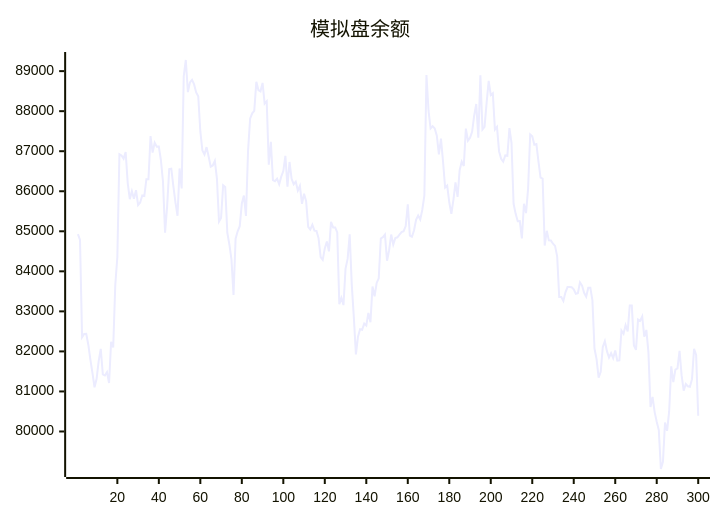
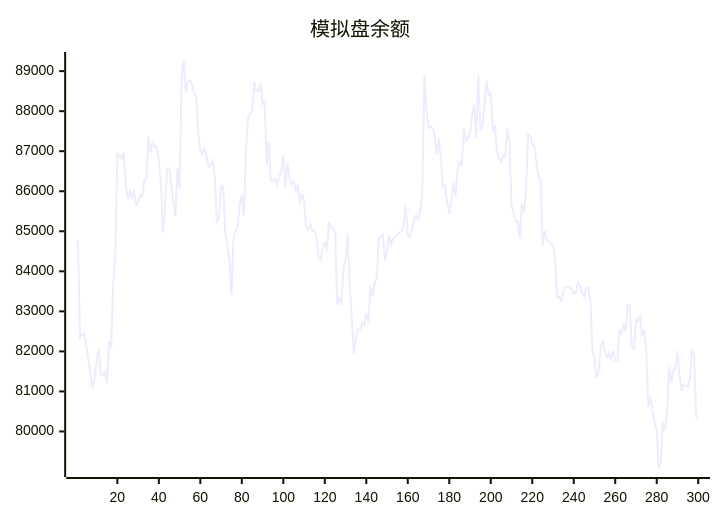
One commit to aahl/ai-trading changed the diagram in README.md. Above: the diagram before and after it, drawn with Mermaid. The commit also changed other lines of this file and 1 other file, not shown here.

````diff
--- a/README.md
+++ b/README.md
@@ -5,5 +5,5 @@
 ```mermaid
 xychart
     title "模拟盘余额"
-    line [84930,84786,82355,82433,82438,82167,81795,81466,81105,81315,81756,82064,81426,81398,81481,81210,82242,82099,83658,84359,86925,86892,86814,86980,86203,85802,86003,85811,86028,85657,85721,85896,85880,86300,86299,87378,86965,87214,87115,87118,86780,86238,84966,85623,86555,86562,86129,85722,85387,86569,86070,88870,89278,88477,88720,88781,88668,88467,88372,87493,87018,86917,87102,86870,86613,86644,86758,86317,85242,85334,86149,86106,84968,84671,84302,83410,84816,85001,85127,85693,85891,85384,87001,87811,87945,88007,88734,88528,88495,88705,88189,88248,86662,87234,86279,86251,86314,86177,86364,86503,86886,86114,86731,86310,86176,86240,86017,86136,85685,85938,85749,85111,85044,85164,85016,85008,84824,84354,84287,84572,84745,84500,85234,85096,85095,84970,83180,83338,83157,84070,84309,84922,83667,82850,81924,82369,82552,82539,82695,82648,82962,82728,83619,83378,83710,83825,84819,84854,84917,84265,84527,84919,84668,84834,84850,84916,84981,85004,85131,85674,84891,84864,85019,85284,85393,85294,85538,85894,88904,88012,87567,87625,87568,87386,86920,87313,86737,86094,86143,85725,85437,85787,86219,85859,86526,86740,86630,87563,87264,87335,87483,87886,88180,87335,88894,87544,87608,88207,88755,88401,88444,87543,87608,87000,86810,86740,86894,86884,87576,87209,85686,85435,85251,85255,84820,85689,85453,86066,87420,87373,87161,87178,86740,86341,86315,84643,85012,84772,84768,84690,84635,84376,83360,83357,83259,83474,83608,83606,83602,83548,83440,83454,83724,83644,83464,83365,83590,83592,83275,82072,81806,81344,81492,82109,82254,82006,81848,81955,81829,82022,81769,81776,82522,82441,82656,82498,83144,83144,82150,82038,82797,82763,82872,82367,82536,81981,80612,80862,80484,80242,80034,79063,79245,80226,80016,80507,81625,81233,81544,81578,82016,81401,81019,81186,81130,81118,81306,82066,81909,80392]
+    line [84786,82355,82433,82438,82167,81795,81466,81105,81315,81756,82064,81426,81398,81481,81210,82242,82099,83658,84359,86925,86892,86814,86980,86203,85802,86003,85811,86028,85657,85721,85896,85880,86300,86299,87378,86965,87214,87115,87118,86780,86238,84966,85623,86555,86562,86129,85722,85387,86569,86070,88870,89278,88477,88720,88781,88668,88467,88372,87493,87018,86917,87102,86870,86613,86644,86758,86317,85242,85334,86149,86106,84968,84671,84302,83410,84816,85001,85127,85693,85891,85384,87001,87811,87945,88007,88734,88528,88495,88705,88189,88248,86662,87234,86279,86251,86314,86177,86364,86503,86886,86114,86731,86310,86176,86240,86017,86136,85685,85938,85749,85111,85044,85164,85016,85008,84824,84354,84287,84572,84745,84500,85234,85096,85095,84970,83180,83338,83157,84070,84309,84922,83667,82850,81924,82369,82552,82539,82695,82648,82962,82728,83619,83378,83710,83825,84819,84854,84917,84265,84527,84919,84668,84834,84850,84916,84981,85004,85131,85674,84891,84864,85019,85284,85393,85294,85538,85894,88904,88012,87567,87625,87568,87386,86920,87313,86737,86094,86143,85725,85437,85787,86219,85859,86526,86740,86630,87563,87264,87335,87483,87886,88180,87335,88894,87544,87608,88207,88755,88401,88444,87543,87608,87000,86810,86740,86894,86884,87576,87209,85686,85435,85251,85255,84820,85689,85453,86066,87420,87373,87161,87178,86740,86341,86315,84643,85012,84772,84768,84690,84635,84376,83360,83357,83259,83474,83608,83606,83602,83548,83440,83454,83724,83644,83464,83365,83590,83592,83275,82072,81806,81344,81492,82109,82254,82006,81848,81955,81829,82022,81769,81776,82522,82441,82656,82498,83144,83144,82150,82038,82797,82763,82872,82367,82536,81981,80612,80862,80484,80242,80034,79063,79245,80226,80016,80507,81625,81233,81544,81578,82016,81401,81019,81186,81130,81118,81306,82066,81909,80392,80304]
 ```
````
